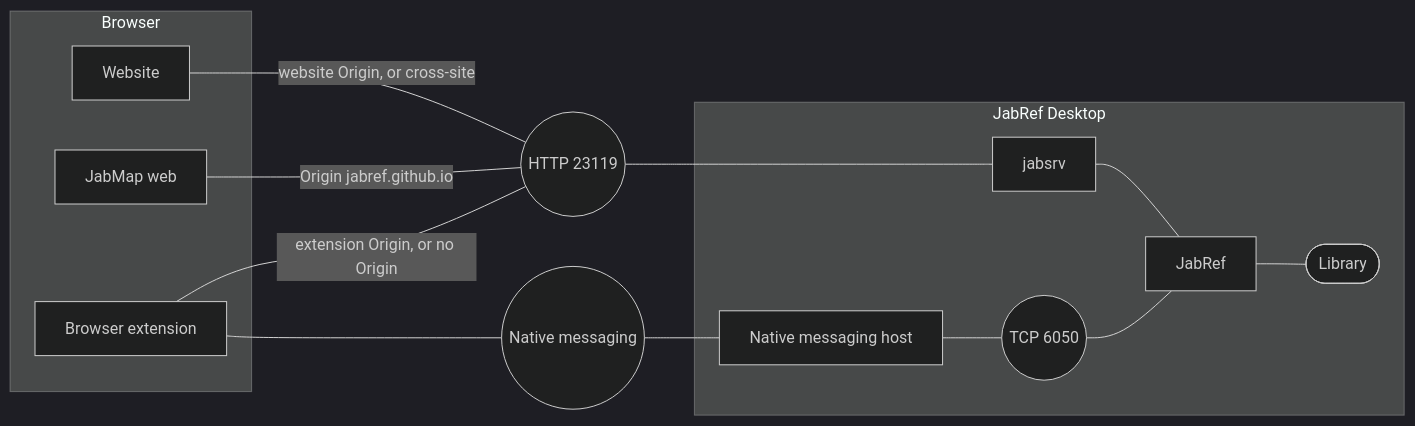
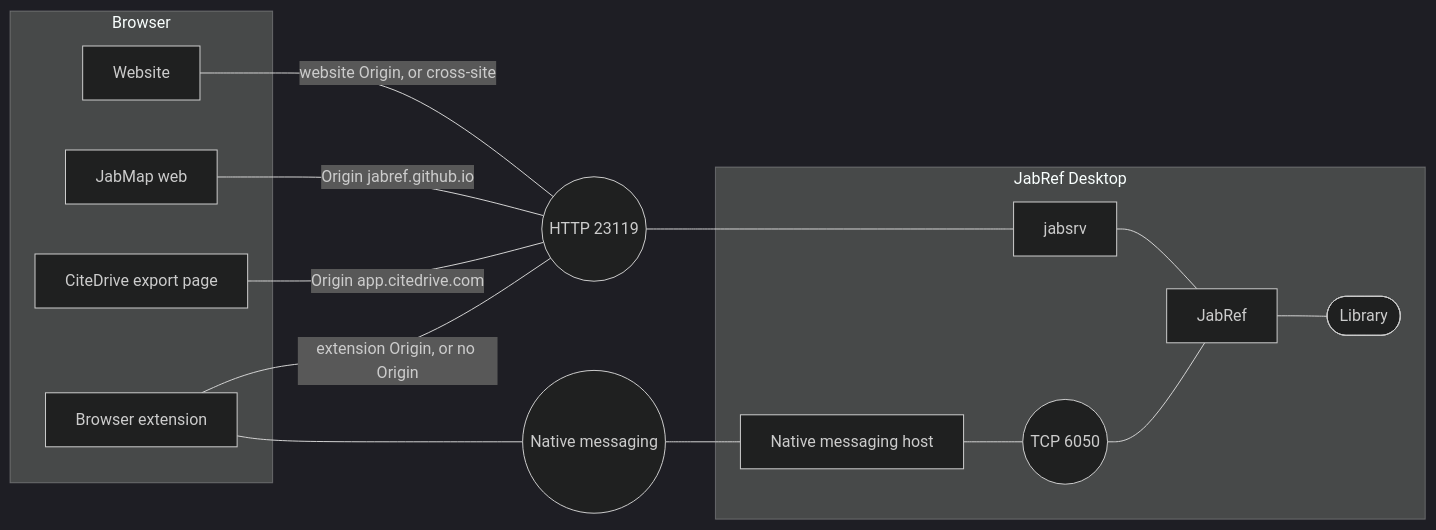
The second of 4 diagrams in docs/decisions/0084-accept-jabsrv-requests-from-browsers-only-from-trusted-callers.md (JabRef/jabref-koppor), drawn with Mermaid (dark theme) before and after one commit. The commit also changed other lines of this file and 2 other files, not shown here.

Commit message:
reorder 0085 context, keep preflight and callback open, add JabMap and CiteDrive

````diff
--- a/docs/decisions/0084-accept-jabsrv-requests-from-browsers-only-from-trusted-callers.md
+++ b/docs/decisions/0084-accept-jabsrv-requests-from-browsers-only-from-trusted-callers.md
@@ -40,27 +40,29 @@
 ```mermaid
 flowchart LR
     subgraph Browser
         W[Website]
         M[JabMap web]
+        C[CiteDrive export page]
         E[Browser extension]
     end
     H((HTTP 23119))
     N((Native messaging))
     subgraph JabRef Desktop
         S[jabsrv]
         NH[Native messaging host]
         R((TCP 6050))
         J[JabRef]
         L([Library])
     end
     W -- "website Origin, or cross-site" --- H
     M -- "Origin jabref.github.io" --- H
+    C -- "Origin app.citedrive.com" --- H
     E -- "extension Origin, or no Origin" --- H
     H --- S
     E --- N
     N --- NH
     NH --- R
     R --- J
     S --- J
     J --- L
 ```
````
